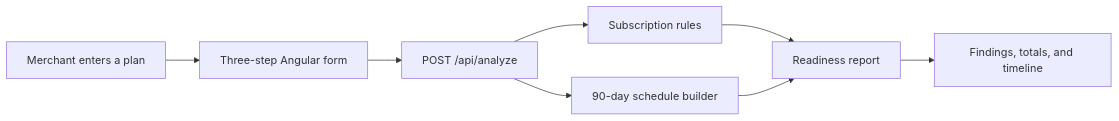
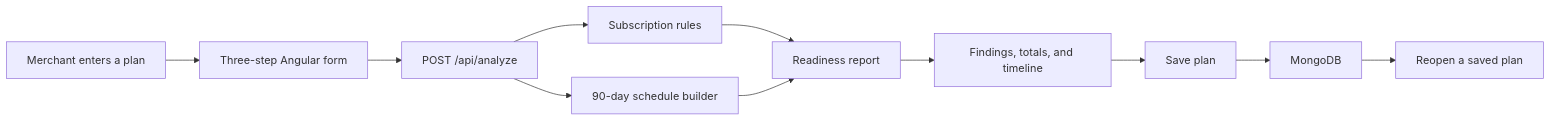
One commit to parniayzdin/subscription-launchpad changed the diagram in README.md. Above: the diagram before and after it, drawn with Mermaid. The commit also changed other lines of this file and 1 other file, not shown here.

Commit message:
document saved plan setup

````diff
--- a/README.md
+++ b/README.md
@@ -9,10 +9,13 @@
 ```mermaid
 flowchart LR
     A["Merchant enters a plan"] --> B["Three-step Angular form"]
     B --> C["POST /api/analyze"]
     C --> D["Subscription rules"]
     C --> E["90-day schedule builder"]
     D --> F["Readiness report"]
     E --> F
     F --> G["Findings, totals, and timeline"]
+    G --> H["Save plan"]
+    H --> I["MongoDB"]
+    I --> J["Reopen a saved plan"]
 ```
````
